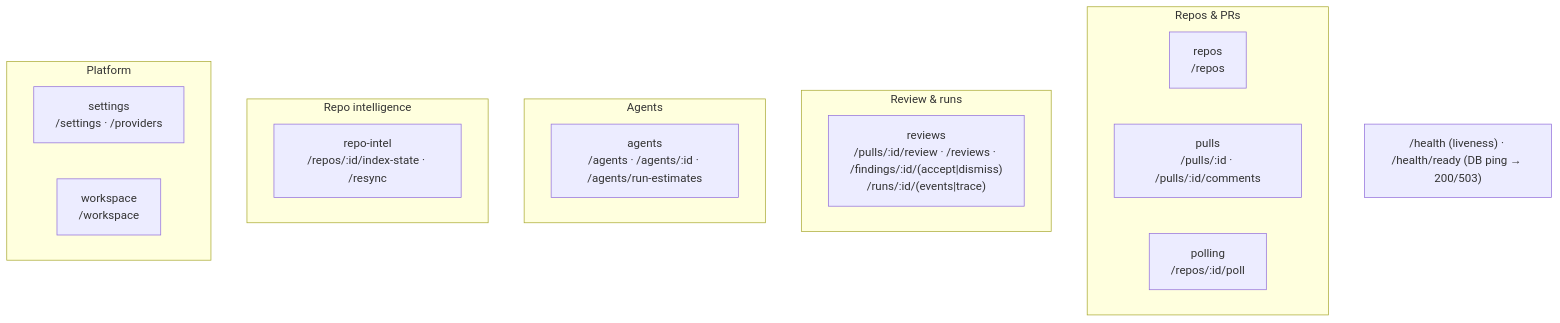
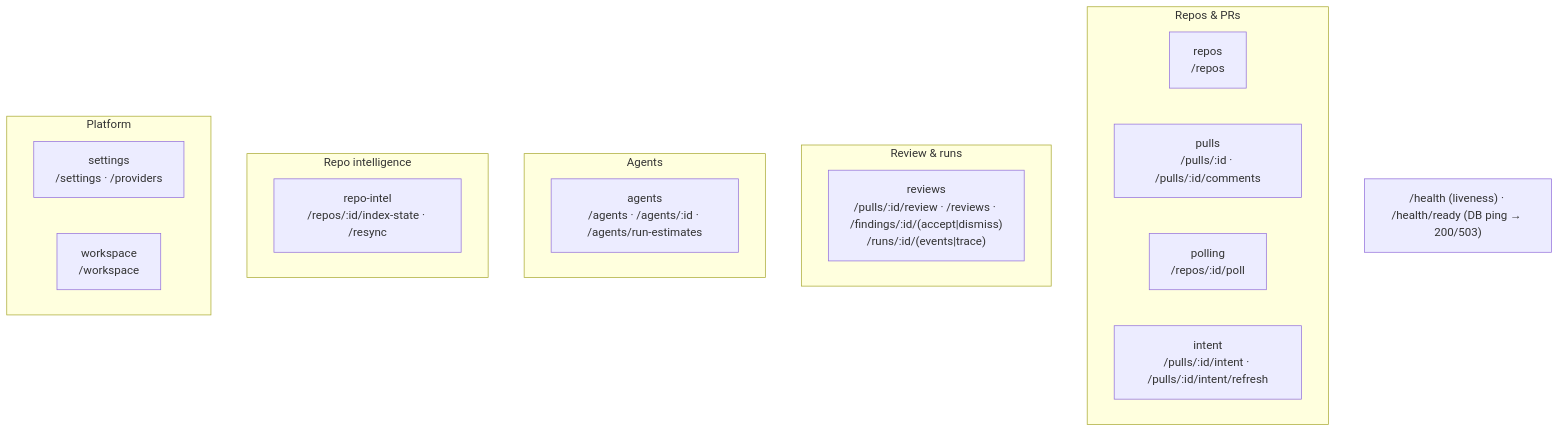
Before and after one commit to ai-agentic-engineering-neo/dev-digest: the second of 2 diagrams in server/README.md, drawn with Mermaid. The commit also changed 73 other files, not shown here.

````diff
--- a/server/README.md
+++ b/server/README.md
@@ -64,22 +64,23 @@
 ```mermaid
 flowchart TB
   subgraph Repos_PRs["Repos & PRs"]
     repos["repos<br/>/repos"]
     pulls["pulls<br/>/pulls/:id · /pulls/:id/comments"]
     polling["polling<br/>/repos/:id/poll"]
+    intent["intent<br/>/pulls/:id/intent · /pulls/:id/intent/refresh"]
   end
   subgraph Review["Review & runs"]
     reviews["reviews<br/>/pulls/:id/review · /reviews · /findings/:id/(accept|dismiss)<br/>/runs/:id/(events|trace)"]
   end
   subgraph Agents["Agents"]
     agents["agents<br/>/agents · /agents/:id · /agents/run-estimates"]
   end
   subgraph Intel["Repo intelligence"]
     repoIntel["repo-intel<br/>/repos/:id/index-state · /resync"]
   end
   subgraph Platform["Platform"]
     settings["settings<br/>/settings · /providers"]
     workspace["workspace<br/>/workspace"]
   end
   HEALTH["/health (liveness) · /health/ready (DB ping → 200/503)"]
 ```
````
